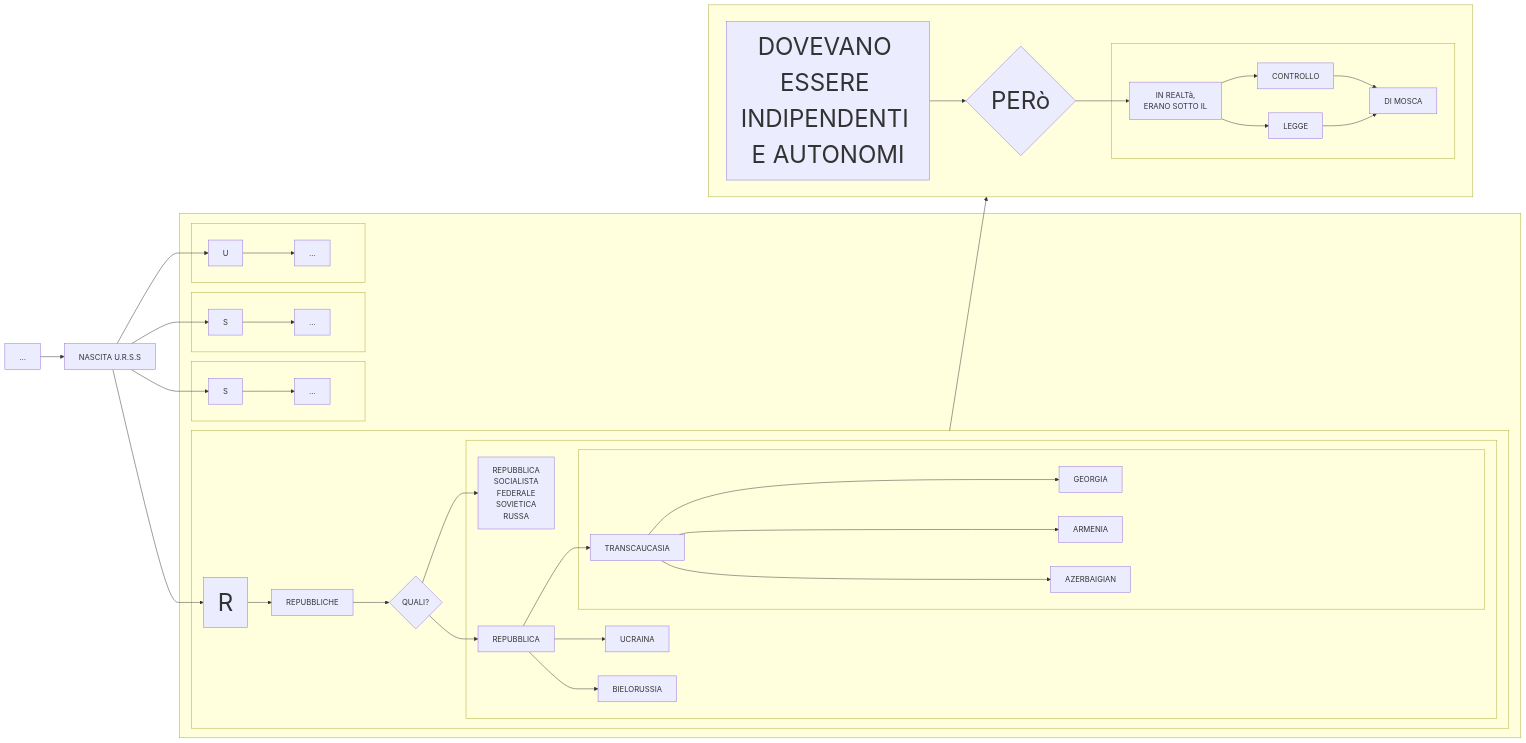
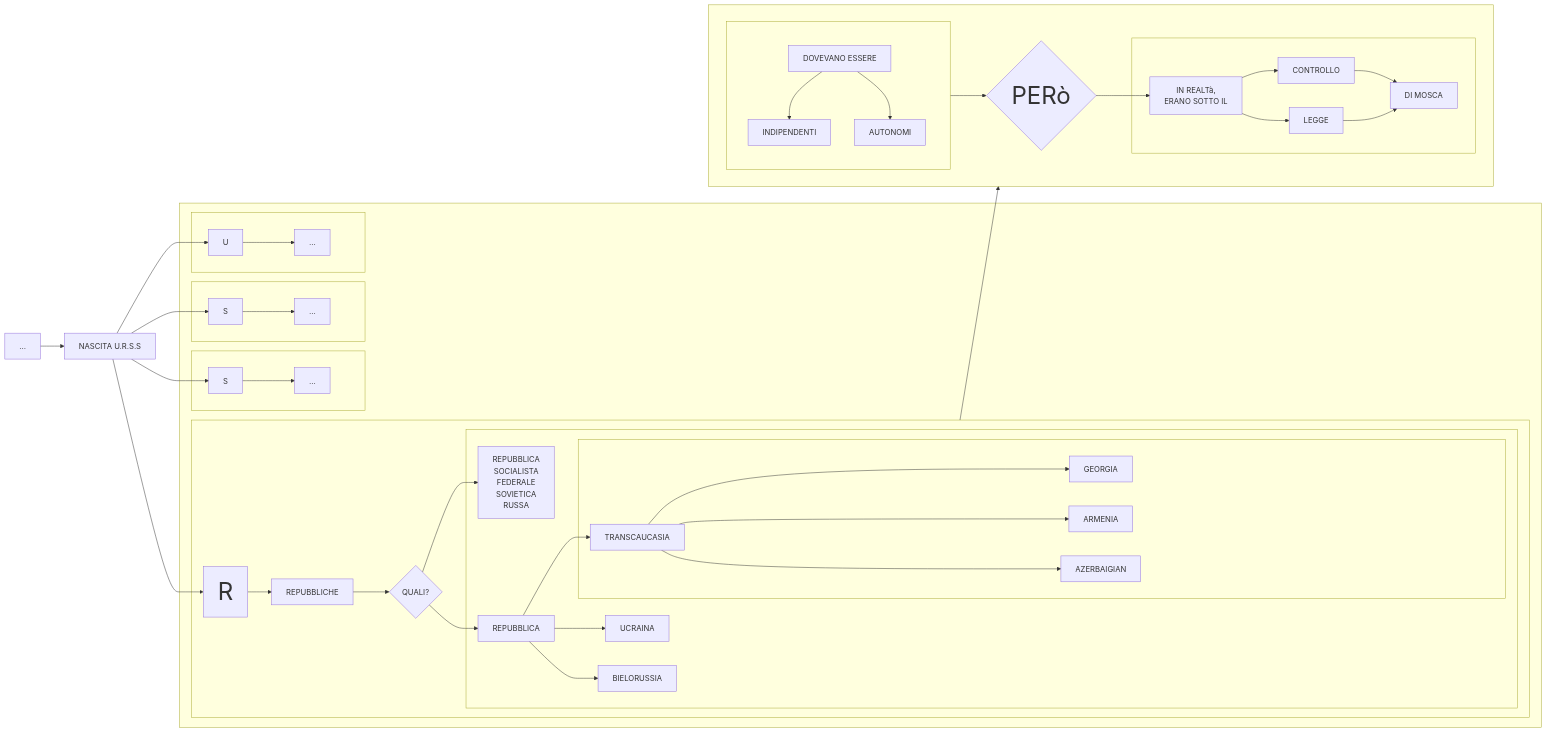
Before and after one commit to Laaouatni/ricerca-storia-MermaidJS: the diagram in prova.md, drawn with Mermaid.

````diff
--- a/prova.md
+++ b/prova.md
@@ -1,59 +1,64 @@
 ```mermaid
 flowchart LR
   classDef classGrande font-size: 50px;
   0[...]
   1[NASCITA U.R.S.S]
   subgraph 15[" "]
     subgraph 10[" "]
       100[U]
       1000[...]
       100 --> 1000
     end
     subgraph 22[" "]
       220[R]:::classGrande
       2200[REPUBBLICHE]
       22000{QUALI?}
       subgraph 3[" "]
           30[REPUBBLICA <br> SOCIALISTA <br> FEDERALE <br> SOVIETICA <br> RUSSA]
           31[REPUBBLICA]
           310[UCRAINA]
           311[BIELORUSSIA]
           subgraph 4[" "]
               312[TRANSCAUCASIA]
               3120[GEORGIA]
               3121[ARMENIA]
               3122[AZERBAIGIAN]
           end
           312 --> 3120 & 3121 & 3122
           31 --> 310 & 311 & 312
       end
       220 --> 2200 --> 22000 --> 30 & 31
     end
     subgraph 12[" "]
       120[S]
       1200[...]
       120 --> 1200
     end
     subgraph 13[" "]
       130[S]
       1300[...]
       130 --> 1300
     end
   end
   0 --> 1 --> 100 & 220 & 120 & 130
   subgraph 6[" "]
     direction LR;
-    5[DOVEVANO ESSERE INDIPENDENTI E AUTONOMI]:::classGrande
+    subgraph 5[" "]
+      51[DOVEVANO ESSERE]
+      510[INDIPENDENTI]
+      511[AUTONOMI]
+      51 --> 510 & 511
+    end
     50{PERò}:::classGrande
     subgraph 500[" "]
       7[IN REALTà, <br> ERANO SOTTO IL]
       70[CONTROLLO]
       71[LEGGE]
       8[DI MOSCA]
       7 --> 70 & 71 --> 8
     end
     500[SOTTO IL CONTROLLO E LA LEGGE DI MOSCA]:::classGrande
     5 --> 50 --> 7
   end
   22 --> 6
 ```
````
